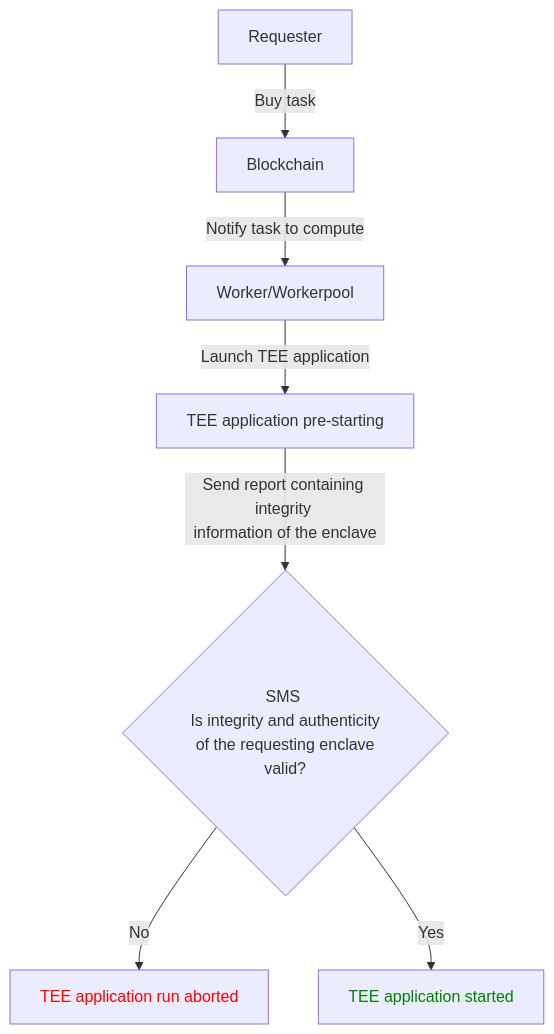
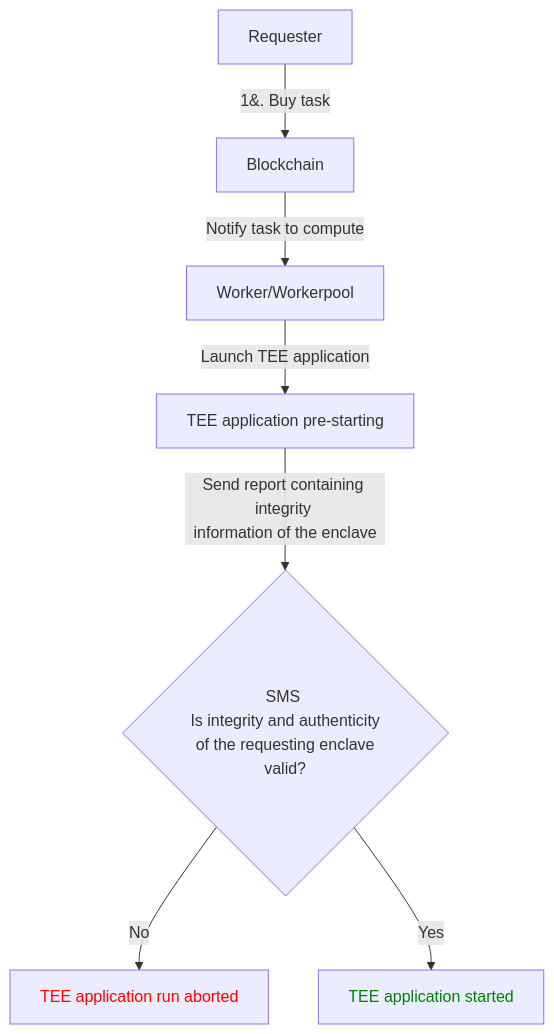
The diagram in mermaid.md (raorla/doc), drawn with Mermaid before and after one commit.

````diff
--- a/mermaid.md
+++ b/mermaid.md
@@ -1,12 +1,12 @@
 ```mermaid
 graph TD
-    Req[Requester] --> |Buy task| Chain
+    Req[Requester] --> |1&#46; Buy task| Chain
     Chain[Blockchain] --> |Notify task to compute| Worker[Worker/Workerpool]
     Worker --> |Launch TEE application| App[TEE application pre-starting]
     App --> |Send report containing integrity <br>information of the enclave| SMS{SMS <br> Is integrity and authenticity <br> of the requesting enclave valid?}
     SMS --> |No| AppFailed[TEE application run aborted]
     SMS --> |Yes| AppStarted[TEE application started]
 
     style AppFailed color:red
     style AppStarted color:green
 ```
````
